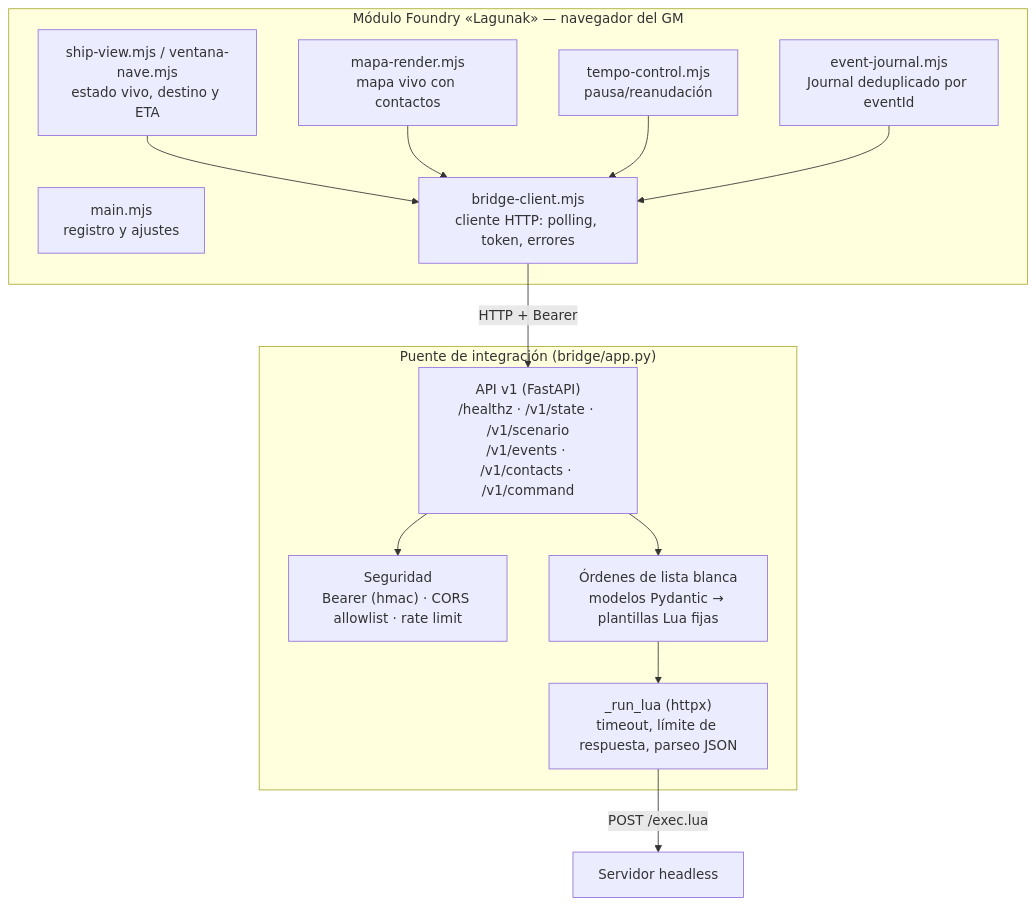
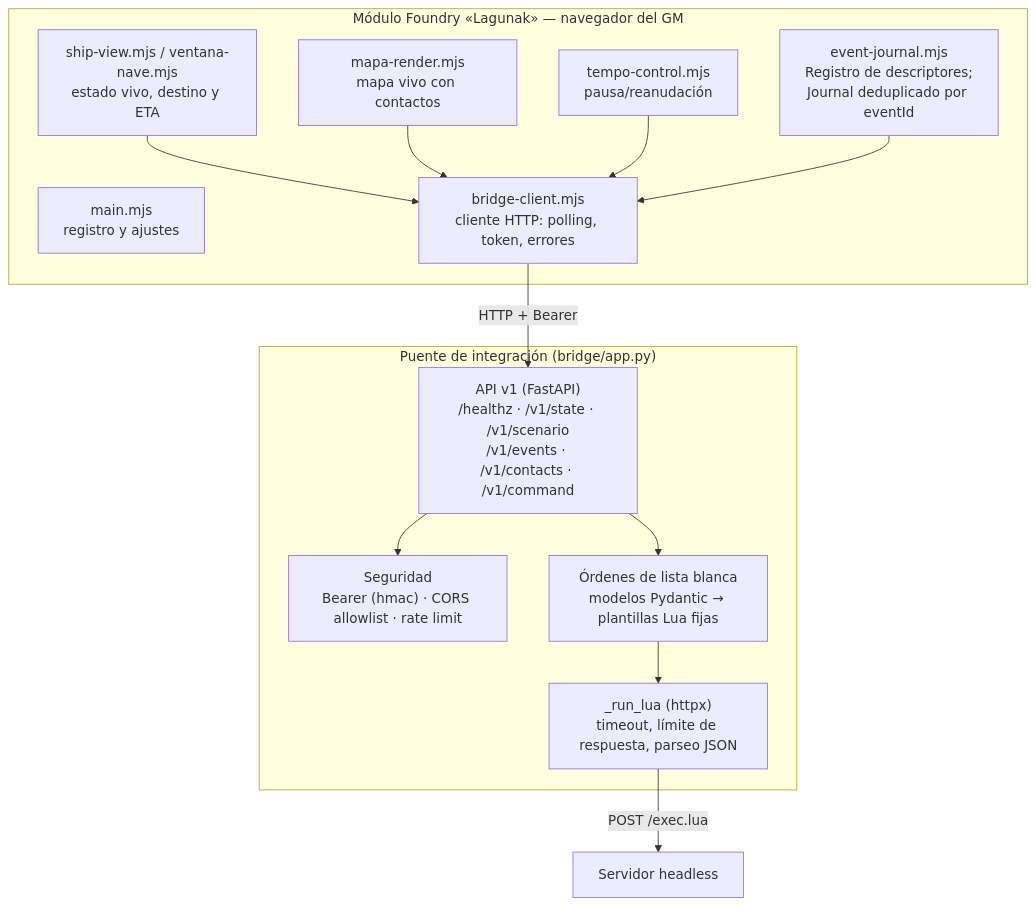
The third of 4 diagrams in docs/ARQUITECTURA.md (EspacioKoop/espaciokooplagunak), drawn with Mermaid before and after one commit. The commit also changed 4 other files, not shown here.

First line of the commit message:
feat(foundry): bitácora por registro de descriptores y encuentros anotados

````diff
--- a/docs/ARQUITECTURA.md
+++ b/docs/ARQUITECTURA.md
@@ -100,26 +100,26 @@
 ```mermaid
 flowchart TB
     subgraph mod["Módulo Foundry «Lagunak» — navegador del GM"]
         main["main.mjs<br/>registro y ajustes"]
         ship["ship-view.mjs / ventana-nave.mjs<br/>estado vivo, destino y ETA"]
         mapa["mapa-render.mjs<br/>mapa vivo con contactos"]
         tempo["tempo-control.mjs<br/>pausa/reanudación"]
-        journal["event-journal.mjs<br/>Journal deduplicado por eventId"]
+        journal["event-journal.mjs<br/>Registro de descriptores;<br/>Journal deduplicado por eventId"]
         client["bridge-client.mjs<br/>cliente HTTP: polling, token, errores"]
         ship --> client
         mapa --> client
         tempo --> client
         journal --> client
     end
     subgraph puente["Puente de integración (bridge/app.py)"]
         api["API v1 (FastAPI)<br/>/healthz · /v1/state · /v1/scenario<br/>/v1/events · /v1/contacts · /v1/command"]
         auth["Seguridad<br/>Bearer (hmac) · CORS allowlist · rate limit"]
         cmds["Órdenes de lista blanca<br/>modelos Pydantic → plantillas Lua fijas"]
         runlua["_run_lua (httpx)<br/>timeout, límite de respuesta, parseo JSON"]
         api --> auth
         api --> cmds
         cmds --> runlua
     end
     client -->|"HTTP + Bearer"| api
     runlua -->|"POST /exec.lua"| game["Servidor headless"]
 ```
````
